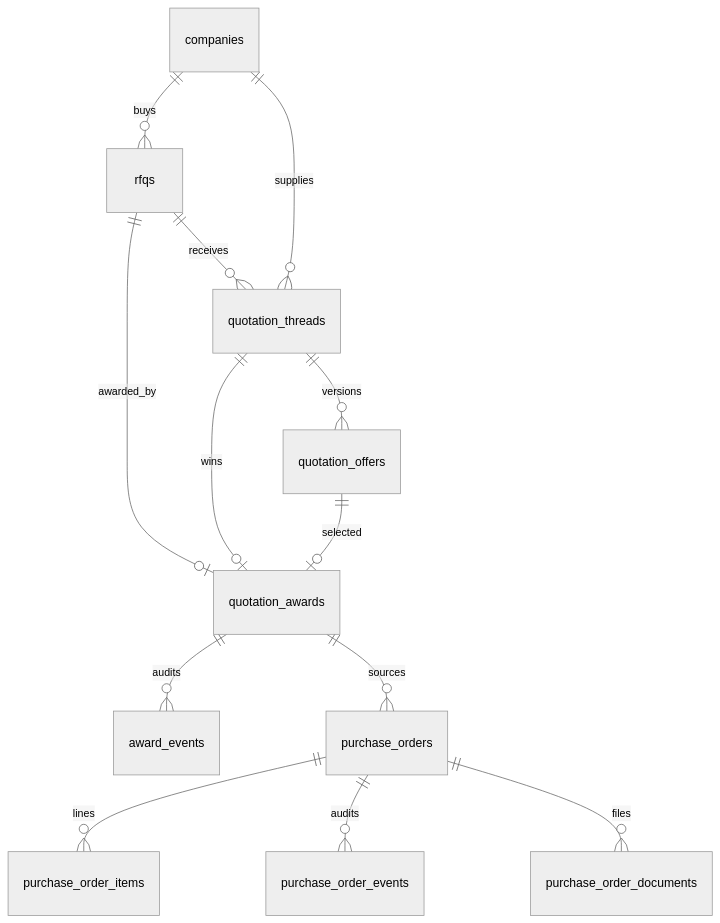
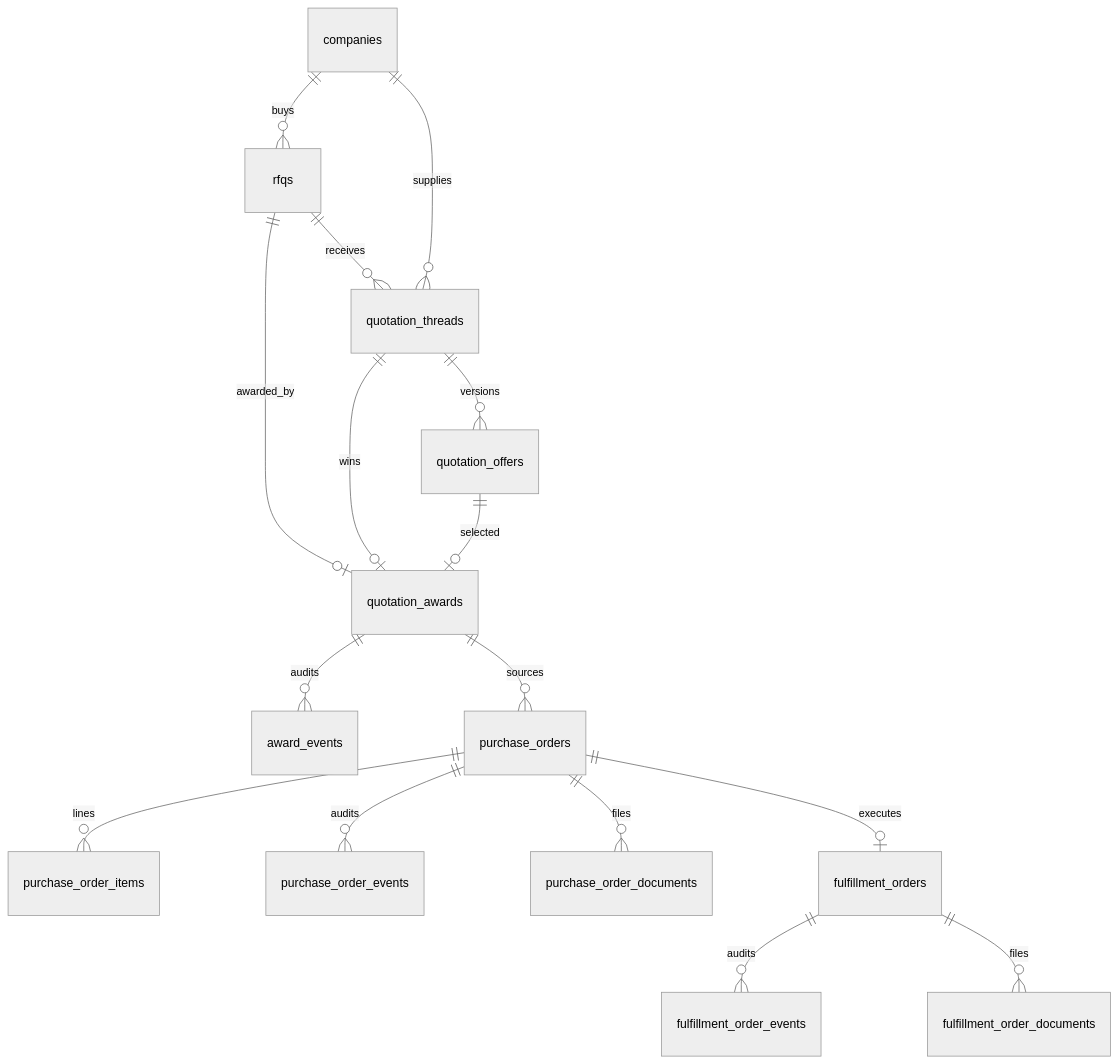
The diagram in docs/architecture/DATABASE_SCHEMA.md (Amir4114/trade-grid-global), drawn with Mermaid (neutral theme) before and after one commit. The commit also changed other lines of this file and 19 other files, not shown here.

````diff
--- a/docs/architecture/DATABASE_SCHEMA.md
+++ b/docs/architecture/DATABASE_SCHEMA.md
@@ -451,15 +482,18 @@
 ```mermaid
 erDiagram
   companies ||--o{ rfqs : buys
   rfqs ||--o{ quotation_threads : receives
   companies ||--o{ quotation_threads : supplies
   quotation_threads ||--o{ quotation_offers : versions
   rfqs ||--o| quotation_awards : awarded_by
   quotation_threads ||--o| quotation_awards : wins
   quotation_offers ||--o| quotation_awards : selected
   quotation_awards ||--o{ award_events : audits
   quotation_awards ||--o{ purchase_orders : sources
   purchase_orders ||--o{ purchase_order_items : lines
   purchase_orders ||--o{ purchase_order_events : audits
   purchase_orders ||--o{ purchase_order_documents : files
+  purchase_orders ||--o| fulfillment_orders : executes
+  fulfillment_orders ||--o{ fulfillment_order_events : audits
+  fulfillment_orders ||--o{ fulfillment_order_documents : files
 ```
````
